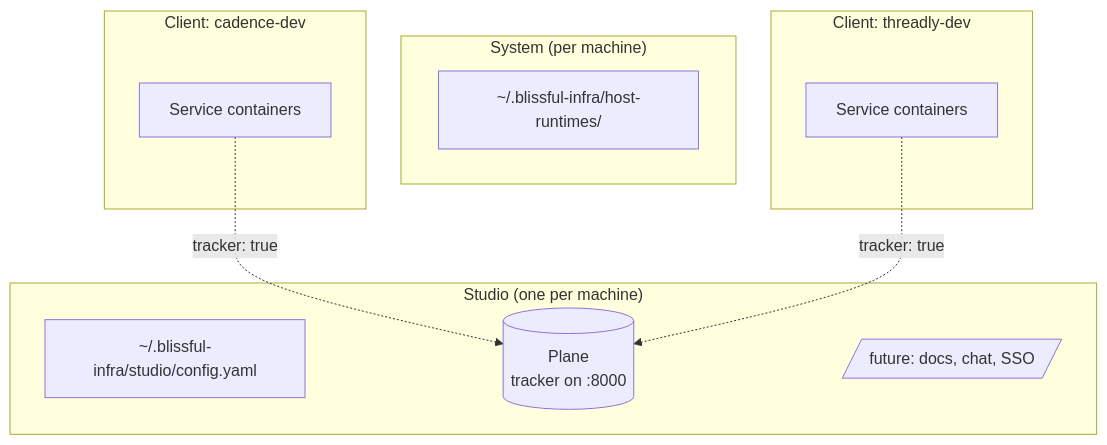
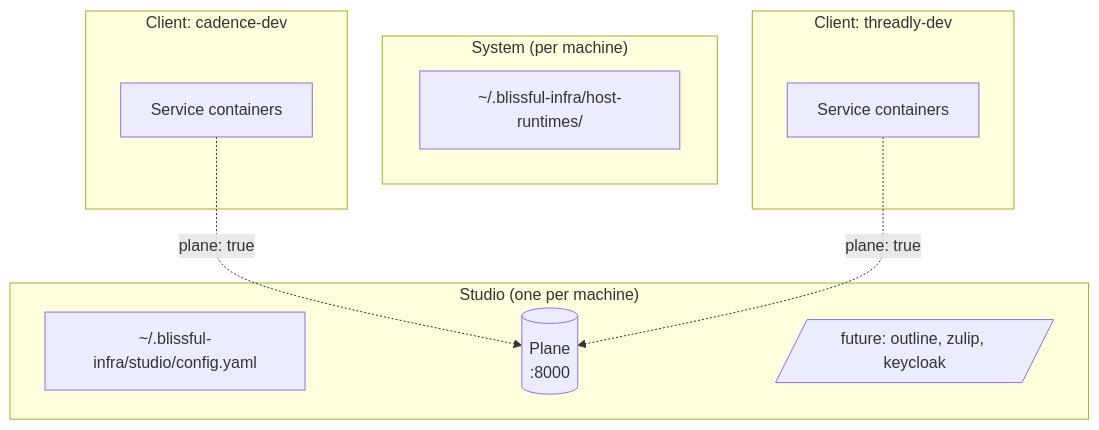
The diagram in docs/adr/0016-studio-level-infra-and-plane-tracker.md (blissfulinfra/blissfulinfra), drawn with Mermaid before and after one commit. The commit also changed other lines of this file and 4 other files, not shown here.

````diff
--- a/docs/adr/0016-studio-level-infra-and-plane-tracker.md
+++ b/docs/adr/0016-studio-level-infra-and-plane-tracker.md
@@ -24,23 +26,23 @@
 ```mermaid
 flowchart TD
     subgraph System["System (per machine)"]
       Cache["~/.blissful-infra/host-runtimes/"]
     end
 
     subgraph Studio["Studio (one per machine)"]
       StudioCfg["~/.blissful-infra/studio/config.yaml"]
-      Plane[("Plane<br/>tracker on :8000")]
-      FutureDocs[/"future: docs, chat, SSO"/]
+      Plane[("Plane<br/>:8000")]
+      FutureDocs[/"future: outline, zulip, keycloak"/]
     end
 
     subgraph ClientA["Client: cadence-dev"]
       SvcA["Service containers"]
     end
 
     subgraph ClientB["Client: threadly-dev"]
       SvcB["Service containers"]
     end
 
-    SvcA -.tracker: true.-> Plane
-    SvcB -.tracker: true.-> Plane
+    SvcA -.plane: true.-> Plane
+    SvcB -.plane: true.-> Plane
 ```
````
